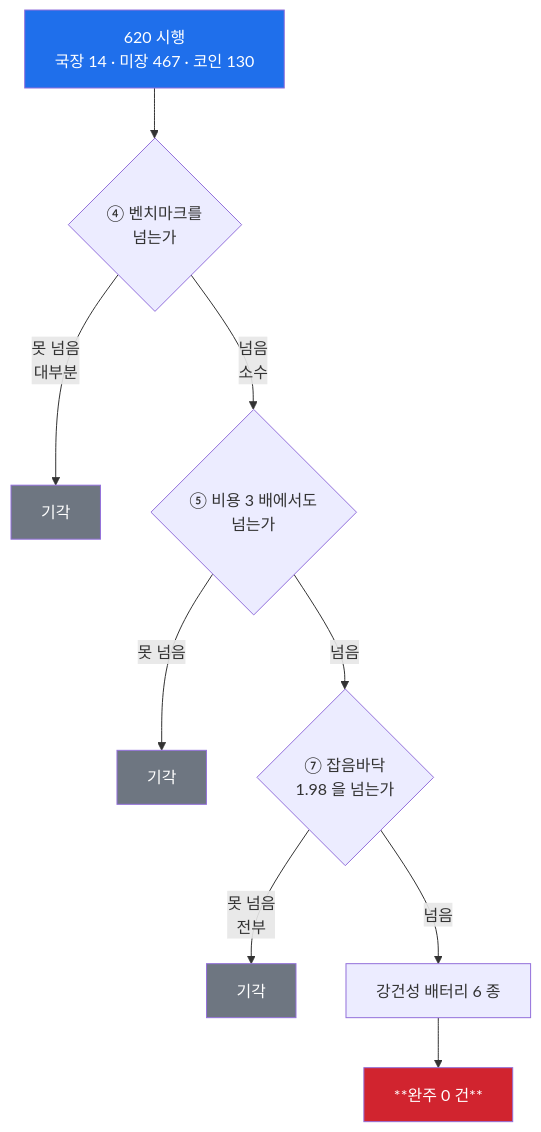
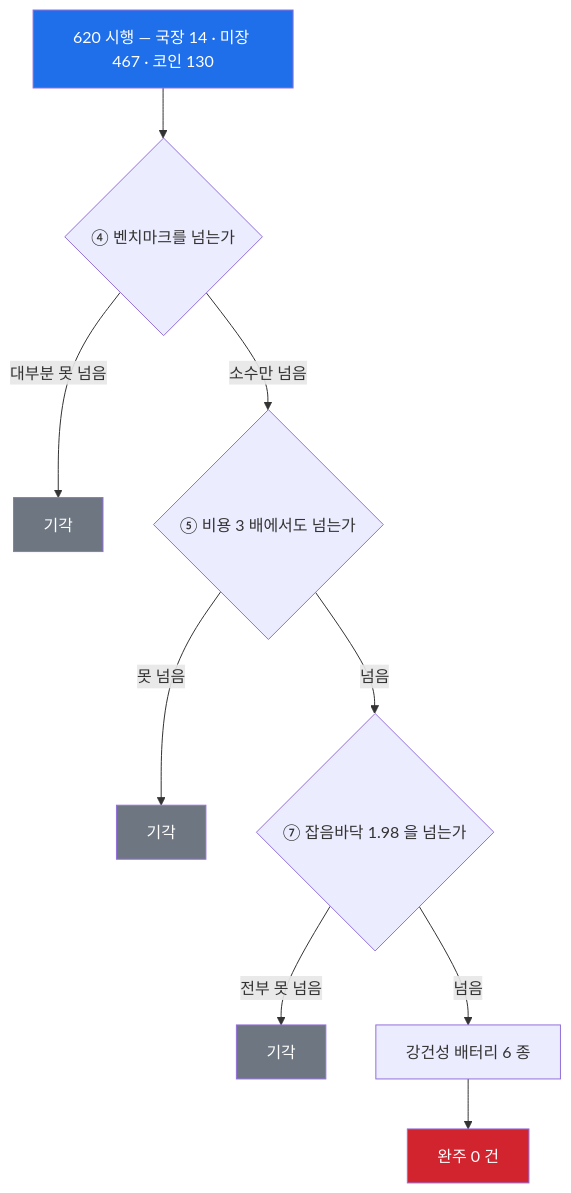
The first of 4 diagrams in README.md (nohseongmin/stonks-atlas), drawn with Mermaid before and after one commit. The commit also changed other lines of this file, not shown here.

Commit message:
Docs: Mermaid 렌더 검증 후 수정
로컬에서 mermaid 10.9.1 로 4개 블록을 실제 렌더해 확인했다.
mermaid.parse 는 전부 통과했지만 눈으로 보니 두 가지가 깨져 있었다.

- <br/> 가 줄바꿈이 안 되고 텍스트가 붙어버린다("620 시행국장 14...").
  라벨을 짧게 고쳐 <br/> 를 전부 제거
- 잡음바닥 차트가 line+bar 였는데 막대가 전부 비슷한 높이라
  "바닥은 오르는데 최고는 안 오른다"는 메시지가 안 살았다.
  선 두 개로 바꾸니 격차가 벌어지는 게 보인다

4개 전부 렌더 확인(제목 OK).

````diff
--- a/README.md
+++ b/README.md
@@ -25,17 +25,17 @@
 ```mermaid
 flowchart TD
-    A["620 시행<br/>국장 14 · 미장 467 · 코인 130"] --> B{"④ 벤치마크를<br/>넘는가"}
-    B -->|"못 넘음<br/>대부분"| X1["기각"]
-    B -->|"넘음<br/>소수"| C{"⑤ 비용 3 배에서도<br/>넘는가"}
+    A["620 시행 — 국장 14 · 미장 467 · 코인 130"] --> B{"④ 벤치마크를 넘는가"}
+    B -->|"대부분 못 넘음"| X1["기각"]
+    B -->|"소수만 넘음"| C{"⑤ 비용 3 배에서도 넘는가"}
     C -->|"못 넘음"| X2["기각"]
-    C -->|"넘음"| D{"⑦ 잡음바닥<br/>1.98 을 넘는가"}
-    D -->|"못 넘음<br/>전부"| X3["기각"]
+    C -->|"넘음"| D{"⑦ 잡음바닥 1.98 을 넘는가"}
+    D -->|"전부 못 넘음"| X3["기각"]
     D -->|"넘음"| E["강건성 배터리 6 종"]
-    E --> F["**완주 0 건**"]
+    E --> F["완주 0 건"]
 
     style A fill:#1f6feb,color:#fff
     style F fill:#d1242f,color:#fff
     style X1 fill:#6e7681,color:#fff
     style X2 fill:#6e7681,color:#fff
     style X3 fill:#6e7681,color:#fff
 ```
````
